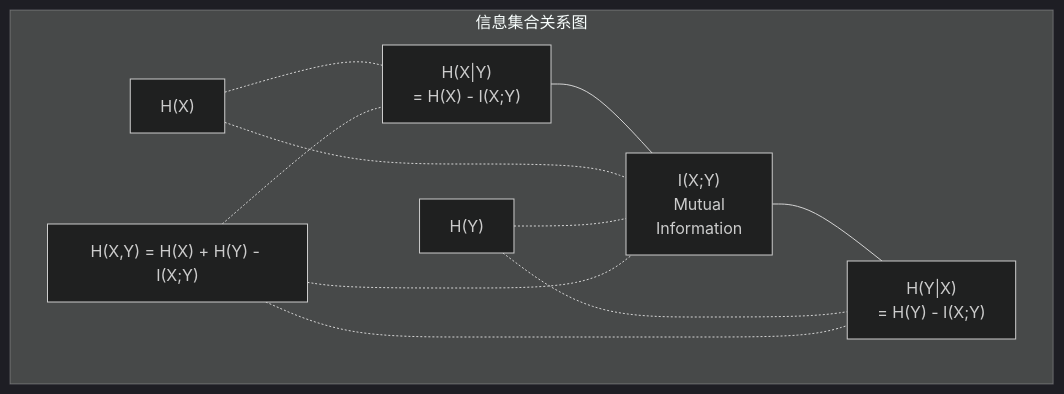
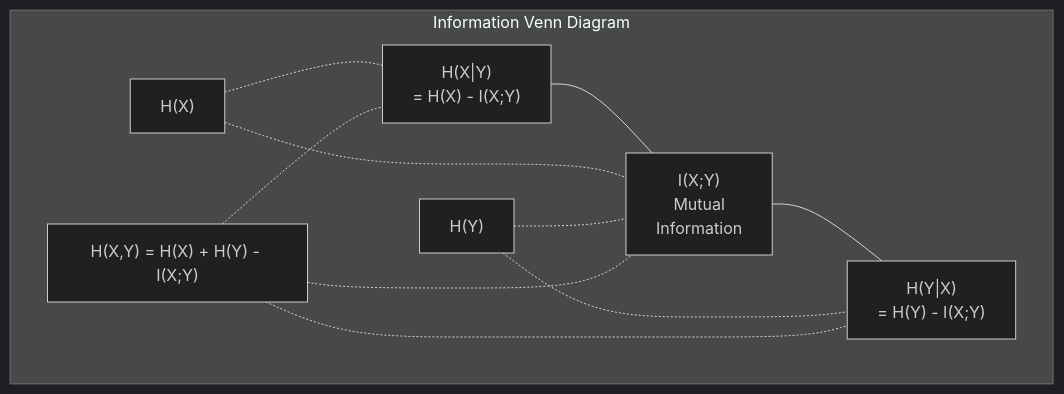
One commit to omigaZen/ai-engineering-from-scratch changed the diagram in phases/01-math-foundations/09-information-theory/docs/zh.md. Above: the diagram before and after it, drawn with Mermaid (dark theme). The commit also changed other lines of this file and 32 other files, not shown here.

````diff
--- a/phases/01-math-foundations/09-information-theory/docs/zh.md
+++ b/phases/01-math-foundations/09-information-theory/docs/zh.md
@@ -146,22 +146,22 @@
 ```mermaid
 graph TD
-    subgraph "信息集合关系图"
+    subgraph "Information Venn Diagram"
         direction LR
         HX["H(X)"]
         HY["H(Y)"]
         MI["I(X;Y)<br/>Mutual<br/>Information"]
         HXgY["H(X|Y)<br/>= H(X) - I(X;Y)"]
         HYgX["H(Y|X)<br/>= H(Y) - I(X;Y)"]
         HXY["H(X,Y) = H(X) + H(Y) - I(X;Y)"]
     end
 
     HXgY --- MI
     MI --- HYgX
     HX -.- HXgY
     HX -.- MI
     HY -.- MI
     HY -.- HYgX
     HXY -.- HXgY
     HXY -.- MI
     HXY -.- HYgX
 ```
````
